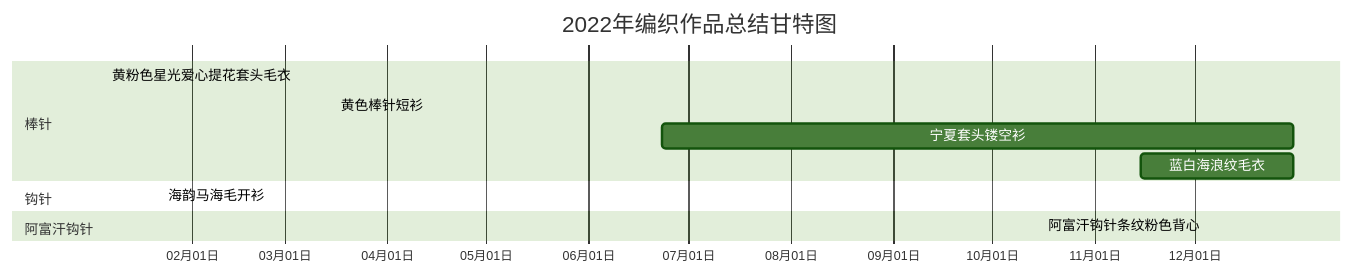
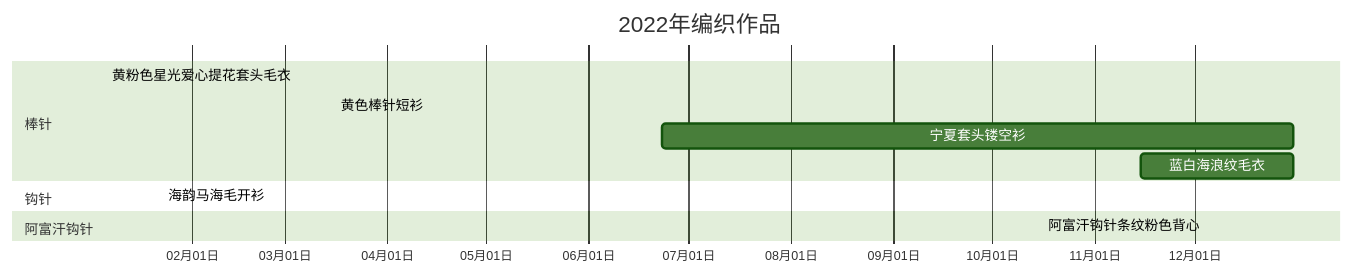
Before and after one commit to JiYouMCC/JiYouMCC.github.io: the diagram in _posts/2019-01-29-86.markdown, drawn with Mermaid (forest theme).

````diff
--- a/_posts/2019-01-29-86.markdown
+++ b/_posts/2019-01-29-86.markdown
@@ -18,15 +18,15 @@
 ```mermaid
 gantt
-    title 2022年编织作品总结甘特图
+    title 2022年编织作品
     axisFormat %m月%d日
     todayMarker off
     section 棒针
     黄粉色星光爱心提花套头毛衣   :done,   2022-01-06, 2022-05-08
     黄色棒针短衫                :done,   2022-03-16, 2022-06-21
     宁夏套头镂空衫              :active  2022-06-23,191d
     蓝白海浪纹毛衣              :active  2022-11-15, 46d 
     section 钩针
     海韵马海毛开衫              :done,  2022-01-23, 2022-11-15 
     section 阿富汗钩针
     阿富汗钩针条纹粉色背心       :done,  2022-10-16, 2022-10-30  
 ```
````
